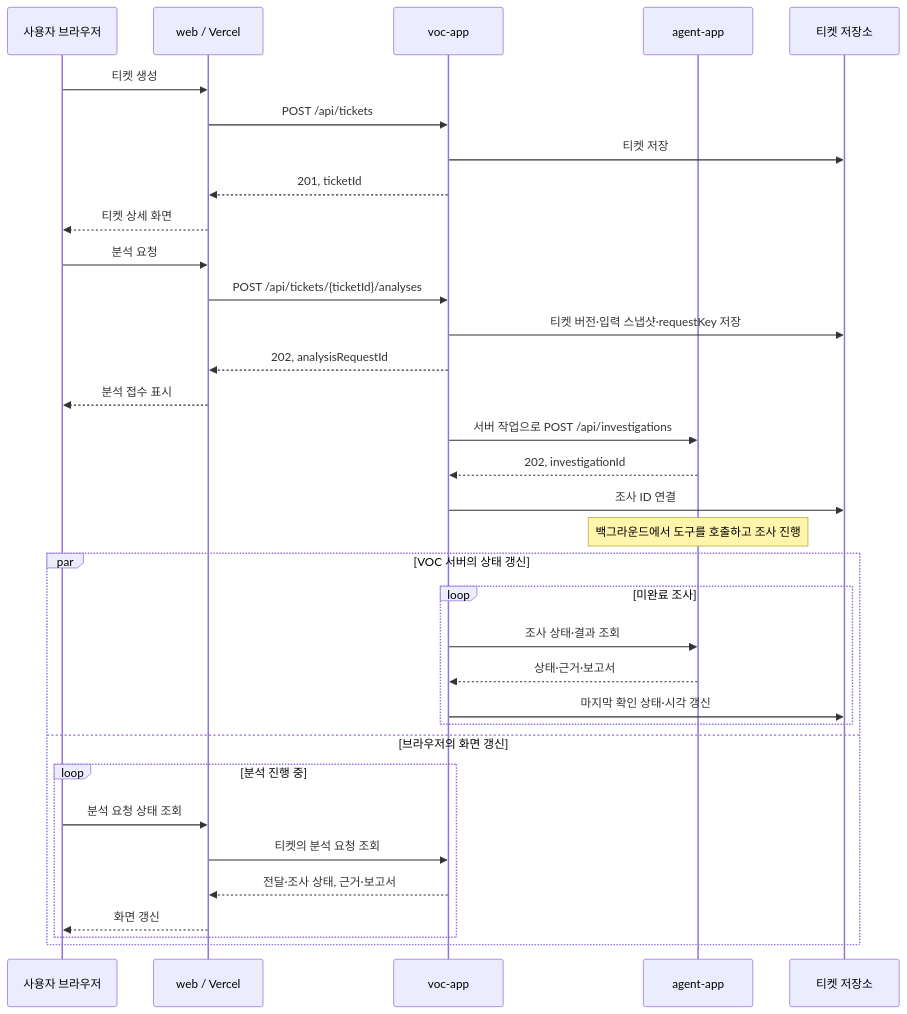
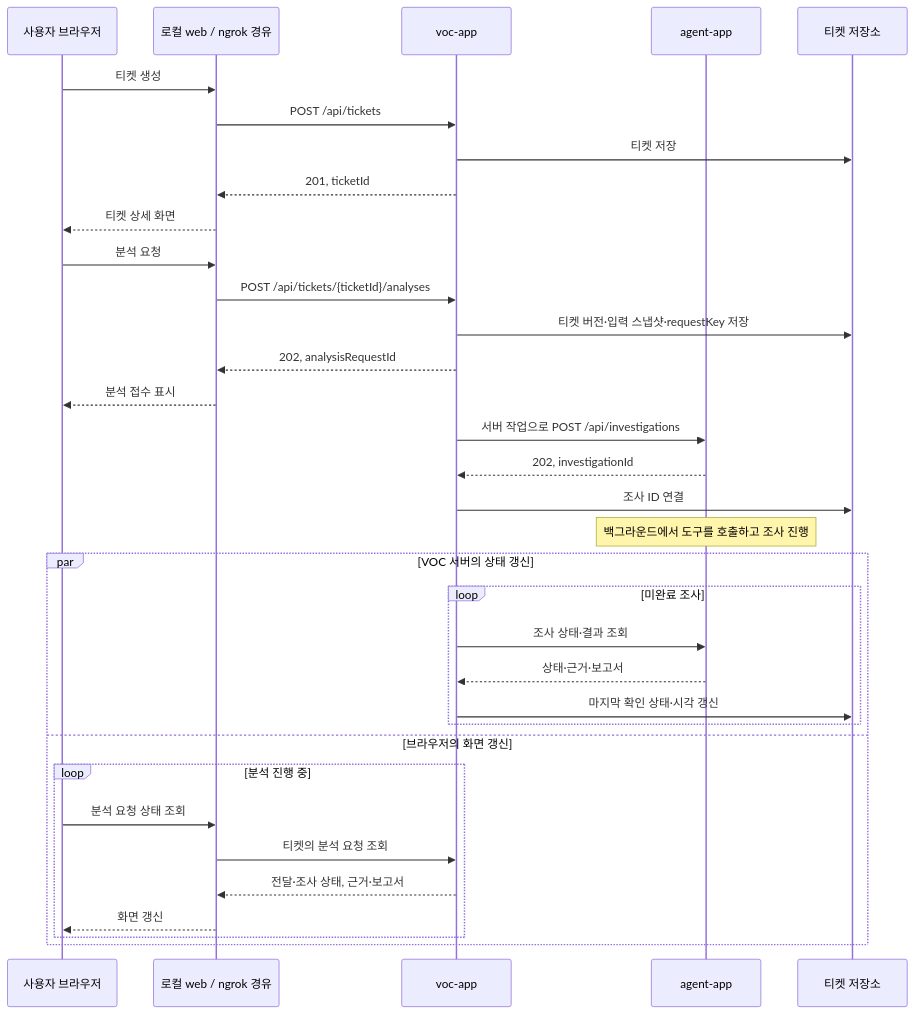
Before and after one commit to sanghyo-lab/jdd: the first of 2 diagrams in docs/frontend-deployment.md, drawn with Mermaid. The commit also changed other lines of this file and 15 other files, not shown here.

````diff
--- a/docs/frontend-deployment.md
+++ b/docs/frontend-deployment.md
@@ -67,37 +67,37 @@
 ```mermaid
 sequenceDiagram
     participant U as 사용자 브라우저
-    participant W as web / Vercel
+    participant W as 로컬 web / ngrok 경유
     participant V as voc-app
     participant A as agent-app
     participant T as 티켓 저장소
 
     U->>W: 티켓 생성
     W->>V: POST /api/tickets
     V->>T: 티켓 저장
     V-->>W: 201, ticketId
     W-->>U: 티켓 상세 화면
     U->>W: 분석 요청
     W->>V: POST /api/tickets/{ticketId}/analyses
     V->>T: 티켓 버전·입력 스냅샷·requestKey 저장
     V-->>W: 202, analysisRequestId
     W-->>U: 분석 접수 표시
     V->>A: 서버 작업으로 POST /api/investigations
     A-->>V: 202, investigationId
     V->>T: 조사 ID 연결
     Note over A: 백그라운드에서 도구를 호출하고 조사 진행
     par VOC 서버의 상태 갱신
         loop 미완료 조사
             V->>A: 조사 상태·결과 조회
             A-->>V: 상태·근거·보고서
             V->>T: 마지막 확인 상태·시각 갱신
         end
     and 브라우저의 화면 갱신
         loop 분석 진행 중
             U->>W: 분석 요청 상태 조회
             W->>V: 티켓의 분석 요청 조회
             V-->>W: 전달·조사 상태, 근거·보고서
             W-->>U: 화면 갱신
         end
     end
 ```
````
